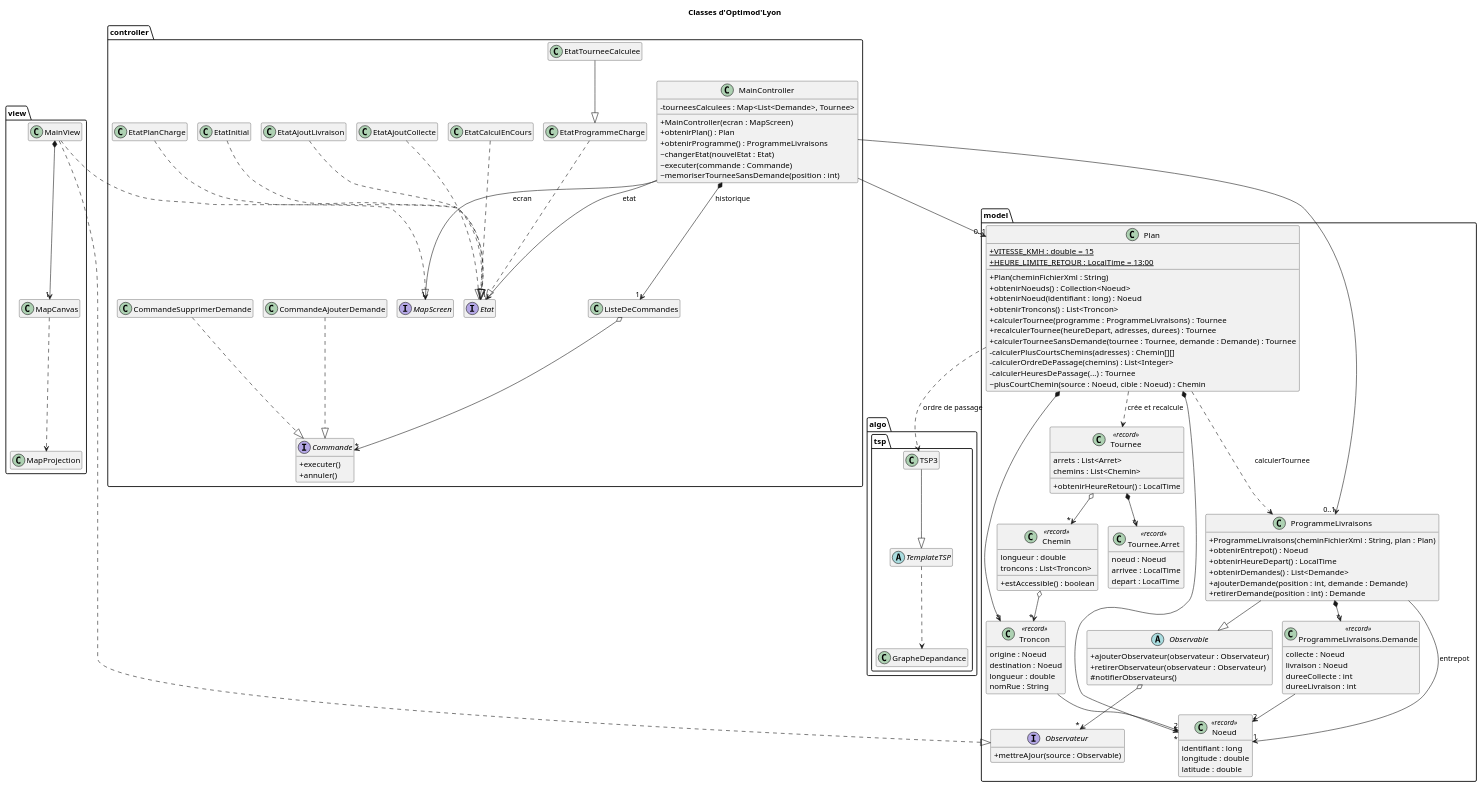
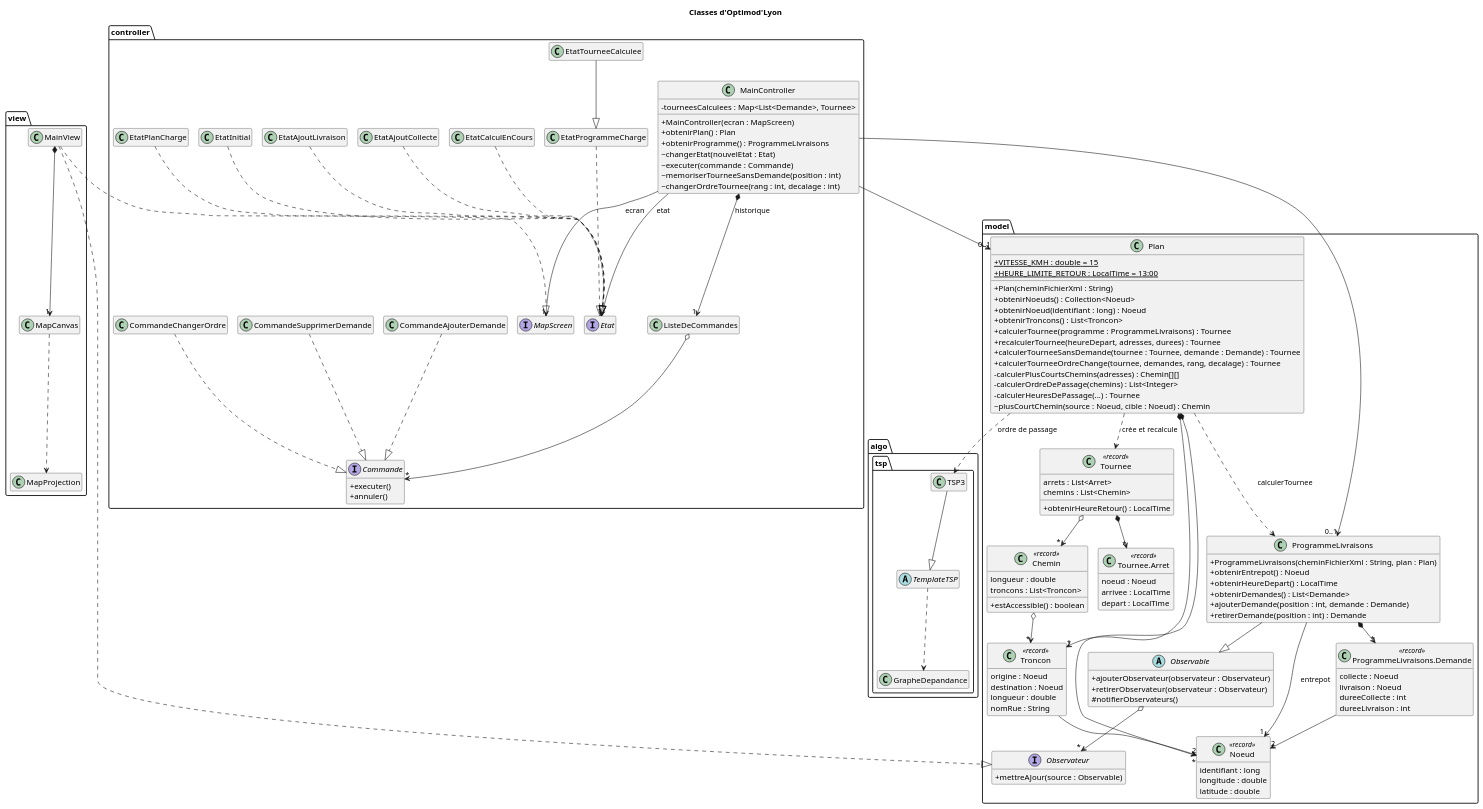
The diagram in docs/diagrams/classes.puml (tristanhp/Optimod-Lyon), drawn with PlantUML before and after one commit. The commit also changed 13 other files, not shown here.

First line of the commit message:
feat: changer l'ordre des arrêts d'une tournée (TIG-44)

```diff
--- a/docs/diagrams/classes.puml
+++ b/docs/diagrams/classes.puml
@@ -1,150 +1,154 @@
 @startuml classes
 !pragma layout smetana
 title Classes d'Optimod'Lyon
 skinparam classAttributeIconSize 0
 hide empty members
 
 package "model" {
   class Plan {
     +{static} VITESSE_KMH : double = 15
     +{static} HEURE_LIMITE_RETOUR : LocalTime = 13:00
     +Plan(cheminFichierXml : String)
     +obtenirNoeuds() : Collection<Noeud>
     +obtenirNoeud(identifiant : long) : Noeud
     +obtenirTroncons() : List<Troncon>
     +calculerTournee(programme : ProgrammeLivraisons) : Tournee
     +recalculerTournee(heureDepart, adresses, durees) : Tournee
     +calculerTourneeSansDemande(tournee : Tournee, demande : Demande) : Tournee
+    +calculerTourneeOrdreChange(tournee, demandes, rang, decalage) : Tournee
     -calculerPlusCourtsChemins(adresses) : Chemin[][]
     -calculerOrdreDePassage(chemins) : List<Integer>
     -calculerHeuresDePassage(...) : Tournee
     ~plusCourtChemin(source : Noeud, cible : Noeud) : Chemin
   }
   class Noeud <<record>> {
     identifiant : long
     longitude : double
     latitude : double
   }
   class Troncon <<record>> {
     origine : Noeud
     destination : Noeud
     longueur : double
     nomRue : String
   }
   class Chemin <<record>> {
     longueur : double
     troncons : List<Troncon>
     +estAccessible() : boolean
   }
   abstract class Observable {
     +ajouterObservateur(observateur : Observateur)
     +retirerObservateur(observateur : Observateur)
     #notifierObservateurs()
   }
   interface Observateur {
     +mettreAJour(source : Observable)
   }
   class ProgrammeLivraisons {
     +ProgrammeLivraisons(cheminFichierXml : String, plan : Plan)
     +obtenirEntrepot() : Noeud
     +obtenirHeureDepart() : LocalTime
     +obtenirDemandes() : List<Demande>
     +ajouterDemande(position : int, demande : Demande)
     +retirerDemande(position : int) : Demande
   }
   class "ProgrammeLivraisons.Demande" as Demande <<record>> {
     collecte : Noeud
     livraison : Noeud
     dureeCollecte : int
     dureeLivraison : int
   }
   class Tournee <<record>> {
     arrets : List<Arret>
     chemins : List<Chemin>
     +obtenirHeureRetour() : LocalTime
   }
   class "Tournee.Arret" as Arret <<record>> {
     noeud : Noeud
     arrivee : LocalTime
     depart : LocalTime
   }
 }
 
 package "algo.tsp" {
   abstract class TemplateTSP
   class TSP3
   class GrapheDepandance
 }
 
 package "controller" {
   class MainController {
     +MainController(ecran : MapScreen)
     +obtenirPlan() : Plan
     +obtenirProgramme() : ProgrammeLivraisons
     ~changerEtat(nouvelEtat : Etat)
     ~executer(commande : Commande)
     ~memoriserTourneeSansDemande(position : int)
+    ~changerOrdreTournee(rang : int, decalage : int)
     -tourneesCalculees : Map<List<Demande>, Tournee>
   }
   interface MapScreen
   interface Etat
   class EtatInitial
   class EtatPlanCharge
   class EtatProgrammeCharge
   class EtatTourneeCalculee
   class EtatCalculEnCours
   class EtatAjoutCollecte
   class EtatAjoutLivraison
   interface Commande {
     +executer()
     +annuler()
   }
   class ListeDeCommandes
   class CommandeAjouterDemande
   class CommandeSupprimerDemande
+  class CommandeChangerOrdre
 }
 
 package "view" {
   class MainView
   class MapCanvas
   class MapProjection
 }
 
 Plan *--> "*" Noeud
 Plan *--> "*" Troncon
 Troncon --> "2" Noeud
 Chemin o--> "*" Troncon
 Plan ..> ProgrammeLivraisons : calculerTournee
 Plan ..> Tournee : crée et recalcule
 Plan ..> TSP3 : ordre de passage
 TSP3 --|> TemplateTSP
 TemplateTSP ..> GrapheDepandance
 ProgrammeLivraisons --|> Observable
 Observable o--> "*" Observateur
 ProgrammeLivraisons *--> "*" Demande
 ProgrammeLivraisons --> "1" Noeud : entrepot
 Demande --> "2" Noeud
 Tournee *--> "*" Arret
 Tournee o--> "*" Chemin
 
 MainController --> "1" MapScreen : ecran
 MainController --> "1" Etat : etat
 MainController *--> "1" ListeDeCommandes : historique
 MainController --> "0..1" Plan
 MainController --> "0..1" ProgrammeLivraisons
 EtatInitial ..|> Etat
 EtatPlanCharge ..|> Etat
 EtatProgrammeCharge ..|> Etat
 EtatTourneeCalculee --|> EtatProgrammeCharge
 EtatCalculEnCours ..|> Etat
 EtatAjoutCollecte ..|> Etat
 EtatAjoutLivraison ..|> Etat
 ListeDeCommandes o--> "*" Commande
 CommandeAjouterDemande ..|> Commande
 CommandeSupprimerDemande ..|> Commande
+CommandeChangerOrdre ..|> Commande
 
 MainView ..|> MapScreen
 MainView ..|> Observateur
 MainView *--> "1" MapCanvas
 MapCanvas ..> MapProjection
 @enduml
```
